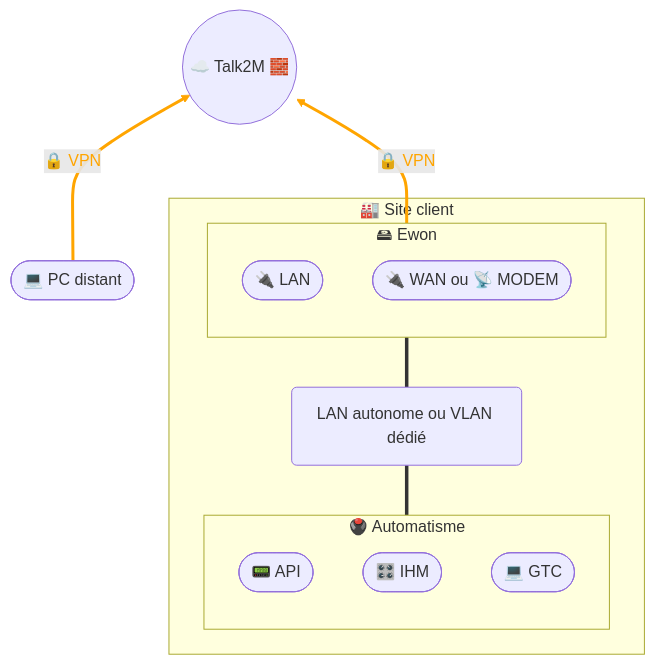
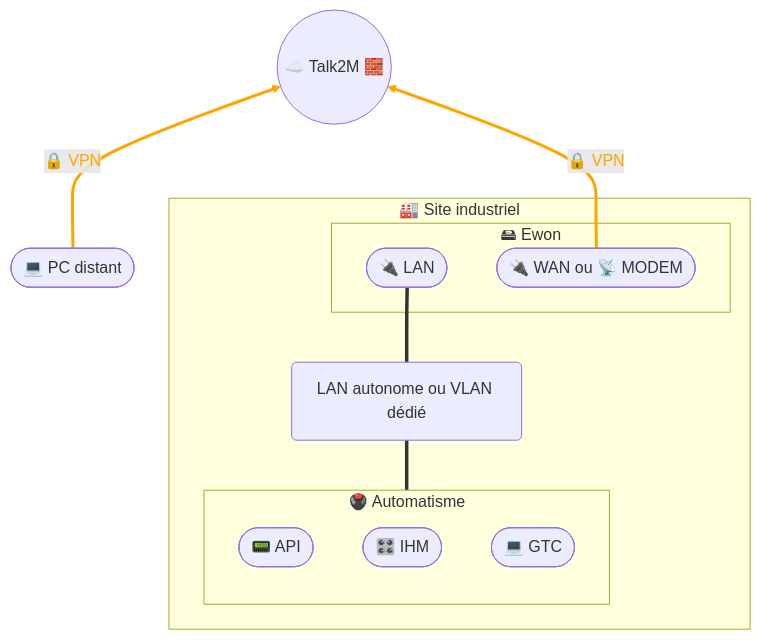
Before and after one commit to JohannPx/network-architectures: the diagram in docs/remote-access/Accès distant - HMS Ewon Talk2M.md, drawn with Mermaid. The commit also changed 12 other files, not shown here.

````diff
--- a/docs/remote-access/Accès distant - HMS Ewon Talk2M.md
+++ b/docs/remote-access/Accès distant - HMS Ewon Talk2M.md
@@ -5,30 +5,30 @@
 ```mermaid
 flowchart BT
 
     remote([💻 PC distant])
 
-    subgraph site [🏭 Site client]
+    subgraph site [🏭 Site industriel]
         subgraph automation [🖲️ Automatisme]
             plc([📟 API])
             hmi([🎛️ IHM])
             gtc([💻 GTC])
         end
 
         vlan(LAN autonome ou VLAN dédié)
         
         subgraph ewon [🖴 Ewon]
             ewonLan([🔌 LAN])
             ewonWan([🔌 WAN ou 📡 MODEM])
         end
     end
 
     talk2m((☁️ Talk2M 🧱))
 
     remote == 🔒 VPN ==> talk2m
-    ewon == 🔒 VPN ==> talk2m
+    ewonWan == 🔒 VPN ==> talk2m
     automation === vlan
-    vlan === ewon
+    vlan === ewonLan
     
     linkStyle 0 stroke:orange,stroke-width:3px,color:orange;
     linkStyle 1 stroke:orange,stroke-width:3px,color:orange;
 ```
````
